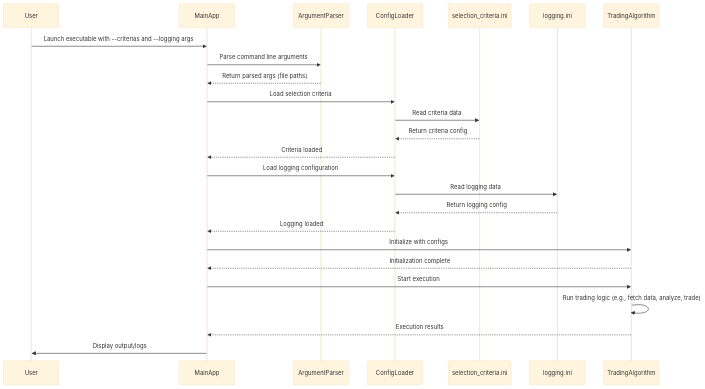
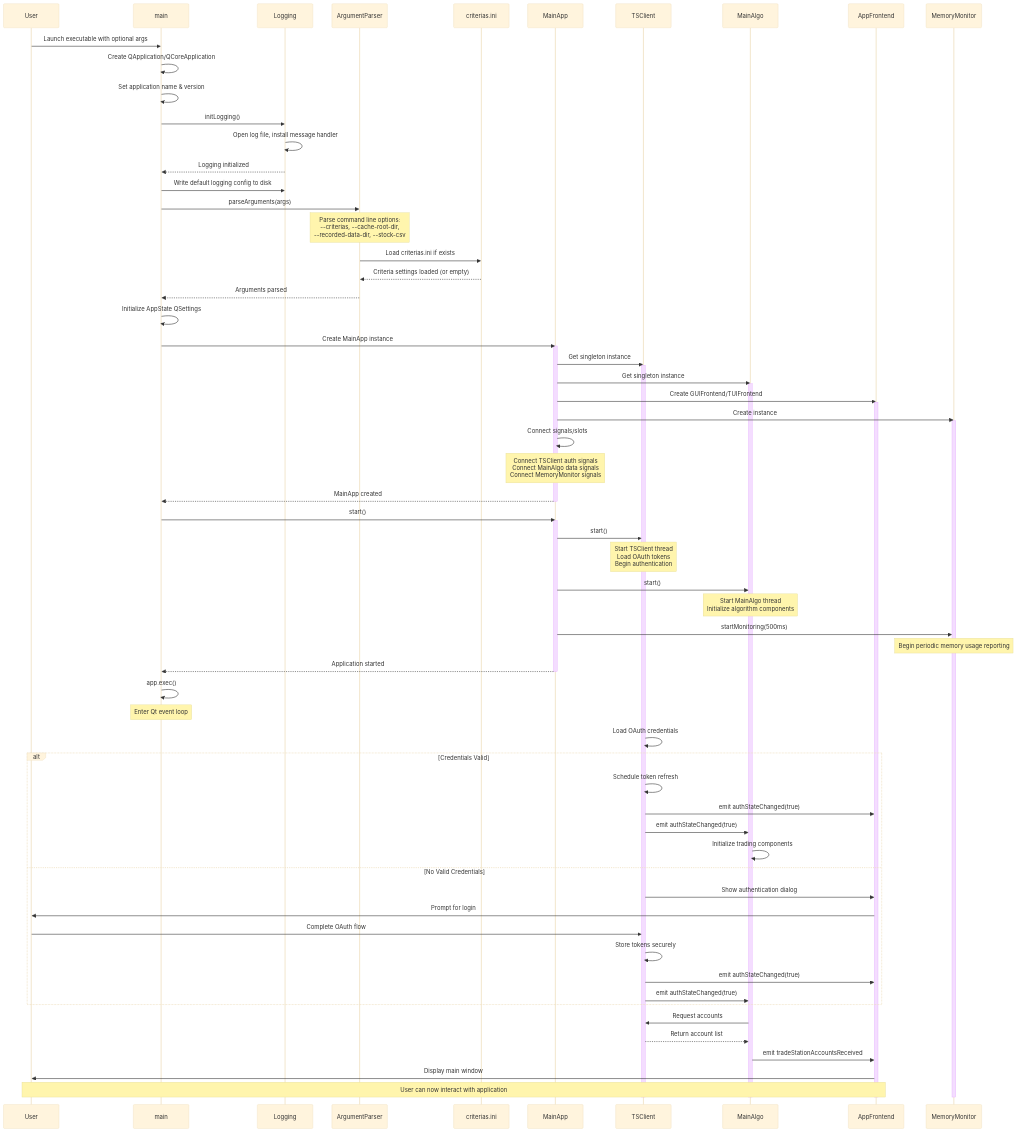
One commit to simonbeaudoin0935/OpenTraderPlatform changed the diagram in Doc/ProgramSequence.md. Above: the diagram before and after it, drawn with Mermaid (base theme). The commit also changed 2 other files, not shown here.

Commit message:
Update ProgramSequence, StockPriceChart docs for qcustomplot, mark migration complete

````diff
--- a/Doc/ProgramSequence.md
+++ b/Doc/ProgramSequence.md
@@ -3,28 +3,95 @@
 ```mermaid
 sequenceDiagram
     participant User
+    participant main
+    participant Logging
+    participant ArgumentParser
+    participant CriteriaFile as criterias.ini
     participant MainApp
-    participant ArgumentParser
-    participant ConfigLoader
-    participant CriteriaFile as selection_criteria.ini
-    participant LoggingFile as logging.ini
-    participant TradingAlgorithm
+    participant TSClient
+    participant MainAlgo
+    participant AppFrontend
+    participant MemoryMonitor
 
-    User->>MainApp: Launch executable with --criterias and --logging args
-    MainApp->>ArgumentParser: Parse command line arguments
-    ArgumentParser-->>MainApp: Return parsed args (file paths)
-    MainApp->>ConfigLoader: Load selection criteria
-    ConfigLoader->>CriteriaFile: Read criteria data
-    CriteriaFile-->>ConfigLoader: Return criteria config
-    ConfigLoader-->>MainApp: Criteria loaded
-    MainApp->>ConfigLoader: Load logging configuration
-    ConfigLoader->>LoggingFile: Read logging data
-    LoggingFile-->>ConfigLoader: Return logging config
-    ConfigLoader-->>MainApp: Logging loaded
-    MainApp->>TradingAlgorithm: Initialize with configs
-    TradingAlgorithm-->>MainApp: Initialization complete
-    MainApp->>TradingAlgorithm: Start execution
-    TradingAlgorithm->>TradingAlgorithm: Run trading logic (e.g., fetch data, analyze, trade)
-    TradingAlgorithm-->>MainApp: Execution results
-    MainApp->>User: Display output/logs
+    User->>main: Launch executable with optional args
+    main->>main: Create QApplication/QCoreApplication
+    main->>main: Set application name & version
+    main->>Logging: initLogging()
+    Logging->>Logging: Open log file, install message handler
+    Logging-->>main: Logging initialized
+    
+    main->>Logging: Write default logging config to disk
+    main->>ArgumentParser: parseArguments(args)
+    
+    Note over ArgumentParser: Parse command line options:<br/>--criterias, --cache-root-dir,<br/>--recorded-data-dir, --stock-csv
+    
+    ArgumentParser->>CriteriaFile: Load criterias.ini if exists
+    CriteriaFile-->>ArgumentParser: Criteria settings loaded (or empty)
+    ArgumentParser-->>main: Arguments parsed
+    
+    main->>main: Initialize AppState QSettings
+    
+    main->>MainApp: Create MainApp instance
+    activate MainApp
+    
+    MainApp->>TSClient: Get singleton instance
+    activate TSClient
+    MainApp->>MainAlgo: Get singleton instance
+    activate MainAlgo
+    MainApp->>AppFrontend: Create GUIFrontend/TUIFrontend
+    activate AppFrontend
+    MainApp->>MemoryMonitor: Create instance
+    activate MemoryMonitor
+    
+    MainApp->>MainApp: Connect signals/slots
+    Note over MainApp: Connect TSClient auth signals<br/>Connect MainAlgo data signals<br/>Connect MemoryMonitor signals
+    
+    MainApp-->>main: MainApp created
+    deactivate MainApp
+    
+    main->>MainApp: start()
+    activate MainApp
+    
+    MainApp->>TSClient: start()
+    Note over TSClient: Start TSClient thread<br/>Load OAuth tokens<br/>Begin authentication
+    
+    MainApp->>MainAlgo: start()
+    Note over MainAlgo: Start MainAlgo thread<br/>Initialize algorithm components
+    
+    MainApp->>MemoryMonitor: startMonitoring(500ms)
+    Note over MemoryMonitor: Begin periodic memory usage reporting
+    
+    MainApp-->>main: Application started
+    deactivate MainApp
+    
+    main->>main: app.exec()
+    Note over main: Enter Qt event loop
+    
+    TSClient->>TSClient: Load OAuth credentials
+    
+    alt Credentials Valid
+        TSClient->>TSClient: Schedule token refresh
+        TSClient->>AppFrontend: emit authStateChanged(true)
+        TSClient->>MainAlgo: emit authStateChanged(true)
+        MainAlgo->>MainAlgo: Initialize trading components
+    else No Valid Credentials
+        TSClient->>AppFrontend: Show authentication dialog
+        AppFrontend->>User: Prompt for login
+        User->>TSClient: Complete OAuth flow
+        TSClient->>TSClient: Store tokens securely
+        TSClient->>AppFrontend: emit authStateChanged(true)
+        TSClient->>MainAlgo: emit authStateChanged(true)
+    end
+    
+    MainAlgo->>TSClient: Request accounts
+    TSClient-->>MainAlgo: Return account list
+    MainAlgo->>AppFrontend: emit tradeStationAccountsReceived
+    
+    AppFrontend->>User: Display main window
+    Note over User,AppFrontend: User can now interact with application
+    
+    deactivate TSClient
+    deactivate MainAlgo
+    deactivate AppFrontend
+    deactivate MemoryMonitor
 ```
````
